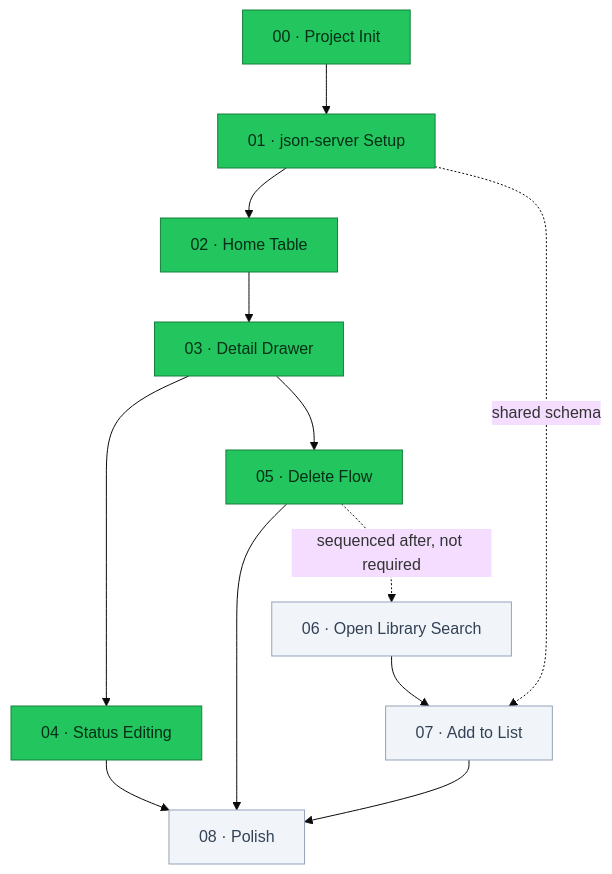
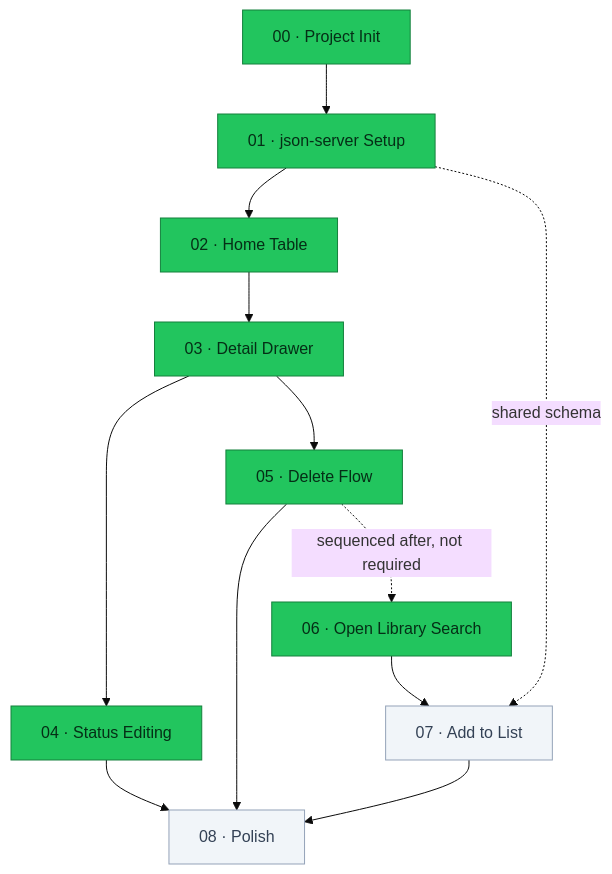
One commit to raki-rankawat/next-reading-list-app changed the first of 3 diagrams in README.md. Above: the diagram before and after it, drawn with Mermaid (base theme). The commit also changed other lines of this file, not shown here.

````diff
--- a/README.md
+++ b/README.md
@@ -27,19 +27,19 @@
 ```mermaid
 flowchart TD
     F00["00 · Project Init"] --> F01["01 · json-server Setup"]
     F01 --> F02["02 · Home Table"]
     F02 --> F03["03 · Detail Drawer"]
     F03 --> F04["04 · Status Editing"]
     F03 --> F05["05 · Delete Flow"]
     F05 -.->|"sequenced after, not required"| F06["06 · Open Library Search"]
     F06 --> F07["07 · Add to List"]
     F01 -.->|"shared schema"| F07
     F04 --> F08["08 · Polish"]
     F05 --> F08
     F07 --> F08
 
     classDef done fill:#22c55e,stroke:#15803d,color:#052e16
     classDef todo fill:#f1f5f9,stroke:#94a3b8,color:#334155
-    class F00,F01,F02,F03,F04,F05 done
-    class F06,F07,F08 todo
+    class F00,F01,F02,F03,F04,F05,F06 done
+    class F07,F08 todo
 ```
````
